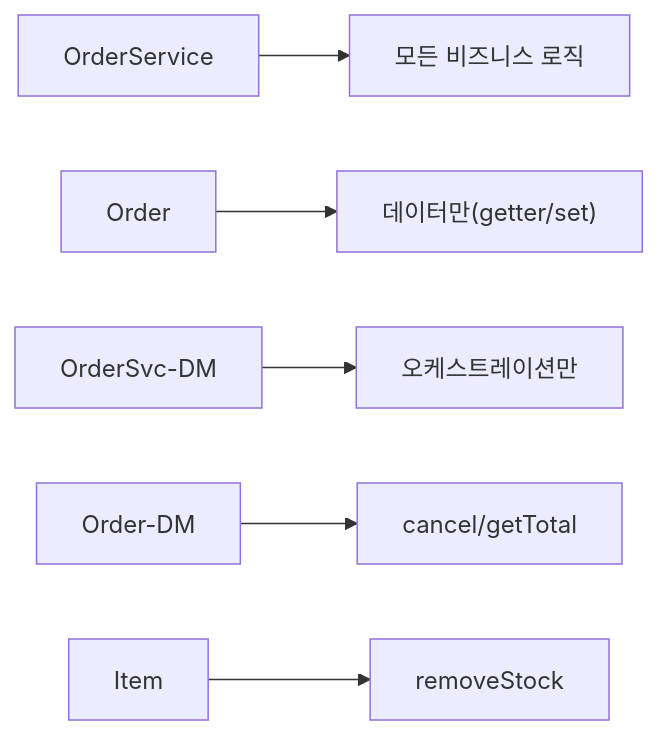
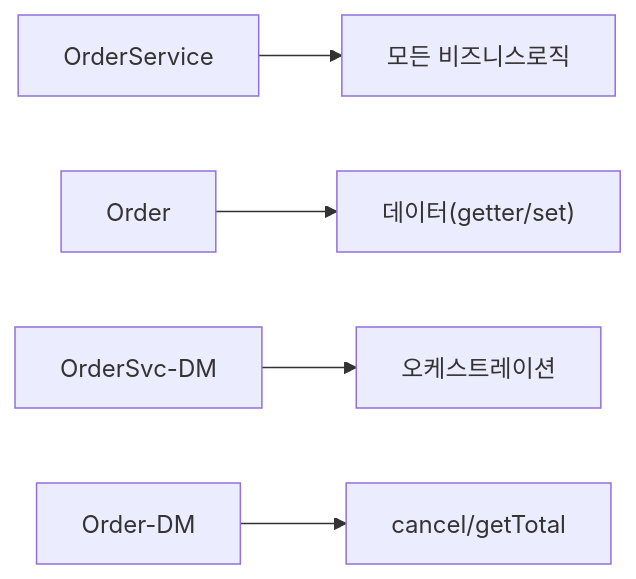
Before and after one commit to yjkim2015/yjkim2015.github.io: the first of 3 diagrams in _posts/spring/2026-05-02-clean-spring-hexagonal.md, drawn with Mermaid. The commit also changed 48 other files, not shown here.

First line of the commit message:
Mermaid 최종 47건 수정: participant/노드/줄수/라벨 전부 기준 이하

````diff
--- a/_posts/spring/2026-05-02-clean-spring-hexagonal.md
+++ b/_posts/spring/2026-05-02-clean-spring-hexagonal.md
@@ -184,8 +184,7 @@
 ```mermaid
 graph LR
-    A[OrderService] --> B["모든 비즈니스 로직"]
-    C[Order] --> D["데이터만(getter/set)"]
-    E[OrderSvc-DM] --> F["오케스트레이션만"]
+    A[OrderService] --> B["모든 비즈니스로직"]
+    C[Order] --> D["데이터(getter/set)"]
+    E[OrderSvc-DM] --> F["오케스트레이션"]
     G[Order-DM] --> H["cancel/getTotal"]
-    I[Item] --> J["removeStock"]
 ```
````
